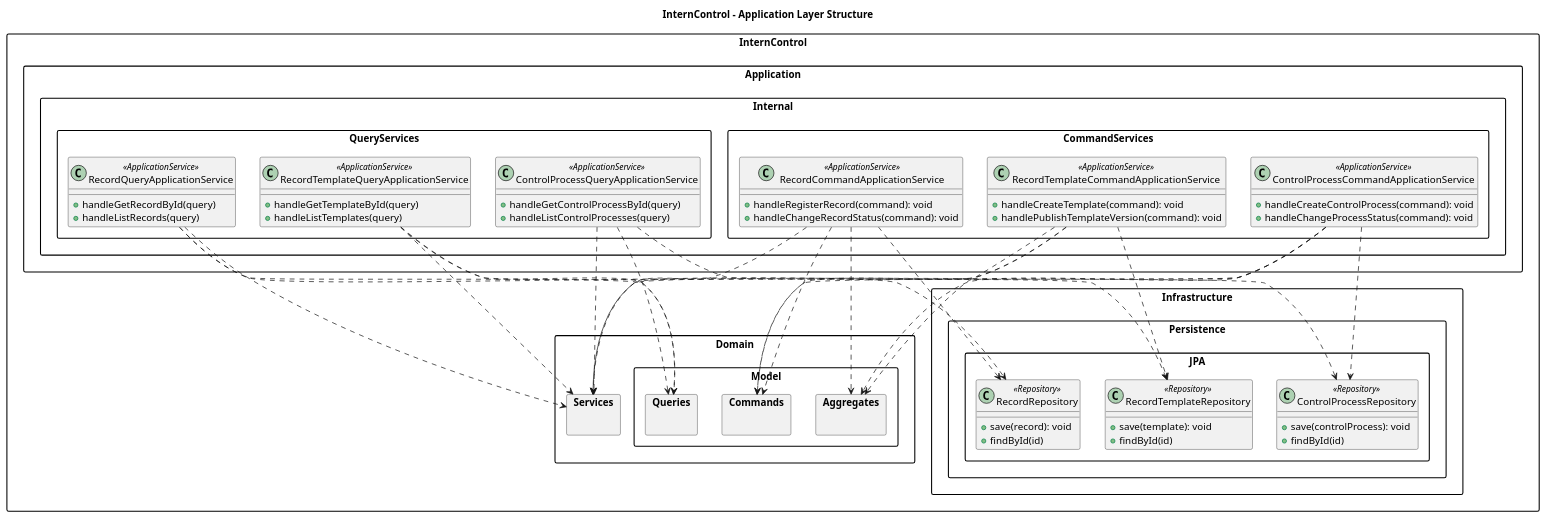
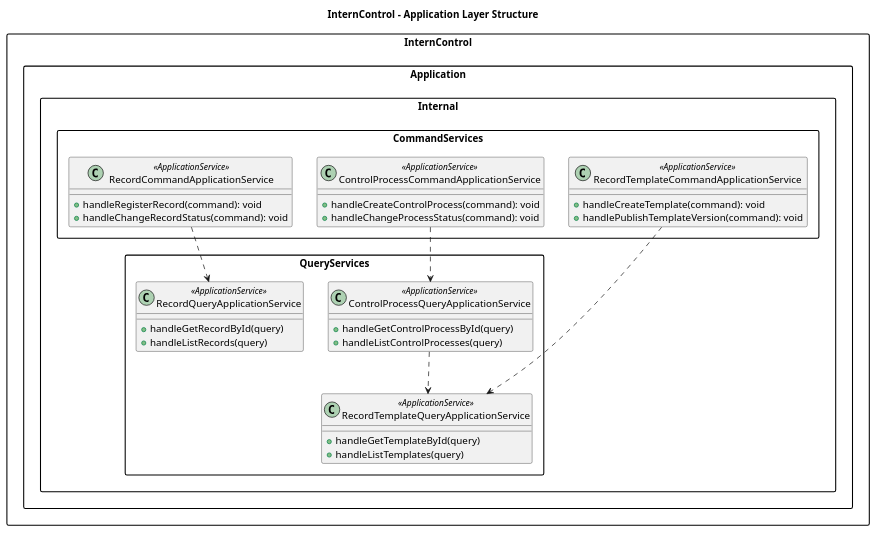
Before and after one commit to Soulware-IoT/report: the diagram in img/capitulo_4/tactical_ddd/intern_control/intern_control_application.puml, drawn with PlantUML. The commit also changed 8 other files, not shown here.

```diff
--- a/img/capitulo_4/tactical_ddd/intern_control/intern_control_application.puml
+++ b/img/capitulo_4/tactical_ddd/intern_control/intern_control_application.puml
@@ -1,92 +1,44 @@
 @startuml
 skinparam packageStyle rectangle
 
 title InternControl - Application Layer Structure
 
 package "InternControl" {
-    package "Domain" {
-        package "Model" {
-            package "Aggregates" {}
-            package "Commands" {}
-            package "Queries" {}
-        }
-        package "Services" {}
-    }
-
     package "Application.Internal" {
         package "CommandServices" {
             class ControlProcessCommandApplicationService <<ApplicationService>> {
                 +handleCreateControlProcess(command): void
                 +handleChangeProcessStatus(command): void
             }
             class RecordTemplateCommandApplicationService <<ApplicationService>> {
                 +handleCreateTemplate(command): void
                 +handlePublishTemplateVersion(command): void
             }
             class RecordCommandApplicationService <<ApplicationService>> {
                 +handleRegisterRecord(command): void
                 +handleChangeRecordStatus(command): void
             }
         }
         package "QueryServices" {
             class ControlProcessQueryApplicationService <<ApplicationService>> {
                 +handleGetControlProcessById(query)
                 +handleListControlProcesses(query)
             }
             class RecordTemplateQueryApplicationService <<ApplicationService>> {
                 +handleGetTemplateById(query)
                 +handleListTemplates(query)
             }
             class RecordQueryApplicationService <<ApplicationService>> {
                 +handleGetRecordById(query)
                 +handleListRecords(query)
             }
         }
     }
-
-    package "Infrastructure.Persistence" {
-        package "JPA" {
-            class ControlProcessRepository <<Repository>> {
-                +save(controlProcess): void
-                +findById(id)
-            }
-            class RecordTemplateRepository <<Repository>> {
-                +save(template): void
-                +findById(id)
-            }
-            class RecordRepository <<Repository>> {
-                +save(record): void
-                +findById(id)
-            }
-        }
-    }
 }
 
 ' === RELACIONES DE APPLICATION: InternControl ===
-InternControl.Application.Internal.CommandServices.ControlProcessCommandApplicationService ..> InternControl.Domain.Services
-InternControl.Application.Internal.CommandServices.ControlProcessCommandApplicationService ..> InternControl.Domain.Model.Commands
-InternControl.Application.Internal.CommandServices.ControlProcessCommandApplicationService ..> InternControl.Domain.Model.Aggregates
-InternControl.Application.Internal.CommandServices.ControlProcessCommandApplicationService ..> InternControl.Infrastructure.Persistence.JPA.ControlProcessRepository
-
-InternControl.Application.Internal.CommandServices.RecordTemplateCommandApplicationService ..> InternControl.Domain.Services
-InternControl.Application.Internal.CommandServices.RecordTemplateCommandApplicationService ..> InternControl.Domain.Model.Commands
-InternControl.Application.Internal.CommandServices.RecordTemplateCommandApplicationService ..> InternControl.Domain.Model.Aggregates
-InternControl.Application.Internal.CommandServices.RecordTemplateCommandApplicationService ..> InternControl.Infrastructure.Persistence.JPA.RecordTemplateRepository
-
-InternControl.Application.Internal.CommandServices.RecordCommandApplicationService ..> InternControl.Domain.Services
-InternControl.Application.Internal.CommandServices.RecordCommandApplicationService ..> InternControl.Domain.Model.Commands
-InternControl.Application.Internal.CommandServices.RecordCommandApplicationService ..> InternControl.Domain.Model.Aggregates
-InternControl.Application.Internal.CommandServices.RecordCommandApplicationService ..> InternControl.Infrastructure.Persistence.JPA.RecordRepository
-
-InternControl.Application.Internal.QueryServices.ControlProcessQueryApplicationService ..> InternControl.Domain.Services
-InternControl.Application.Internal.QueryServices.ControlProcessQueryApplicationService ..> InternControl.Domain.Model.Queries
-InternControl.Application.Internal.QueryServices.ControlProcessQueryApplicationService ..> InternControl.Infrastructure.Persistence.JPA.ControlProcessRepository
-
-InternControl.Application.Internal.QueryServices.RecordTemplateQueryApplicationService ..> InternControl.Domain.Services
-InternControl.Application.Internal.QueryServices.RecordTemplateQueryApplicationService ..> InternControl.Domain.Model.Queries
-InternControl.Application.Internal.QueryServices.RecordTemplateQueryApplicationService ..> InternControl.Infrastructure.Persistence.JPA.RecordTemplateRepository
-
-InternControl.Application.Internal.QueryServices.RecordQueryApplicationService ..> InternControl.Domain.Services
-InternControl.Application.Internal.QueryServices.RecordQueryApplicationService ..> InternControl.Domain.Model.Queries
-InternControl.Application.Internal.QueryServices.RecordQueryApplicationService ..> InternControl.Infrastructure.Persistence.JPA.RecordRepository
+InternControl.Application.Internal.CommandServices.ControlProcessCommandApplicationService ..> InternControl.Application.Internal.QueryServices.ControlProcessQueryApplicationService
+InternControl.Application.Internal.CommandServices.RecordTemplateCommandApplicationService ..> InternControl.Application.Internal.QueryServices.RecordTemplateQueryApplicationService
+InternControl.Application.Internal.CommandServices.RecordCommandApplicationService ..> InternControl.Application.Internal.QueryServices.RecordQueryApplicationService
+InternControl.Application.Internal.QueryServices.ControlProcessQueryApplicationService ..> InternControl.Application.Internal.QueryServices.RecordTemplateQueryApplicationService
 @enduml
```
